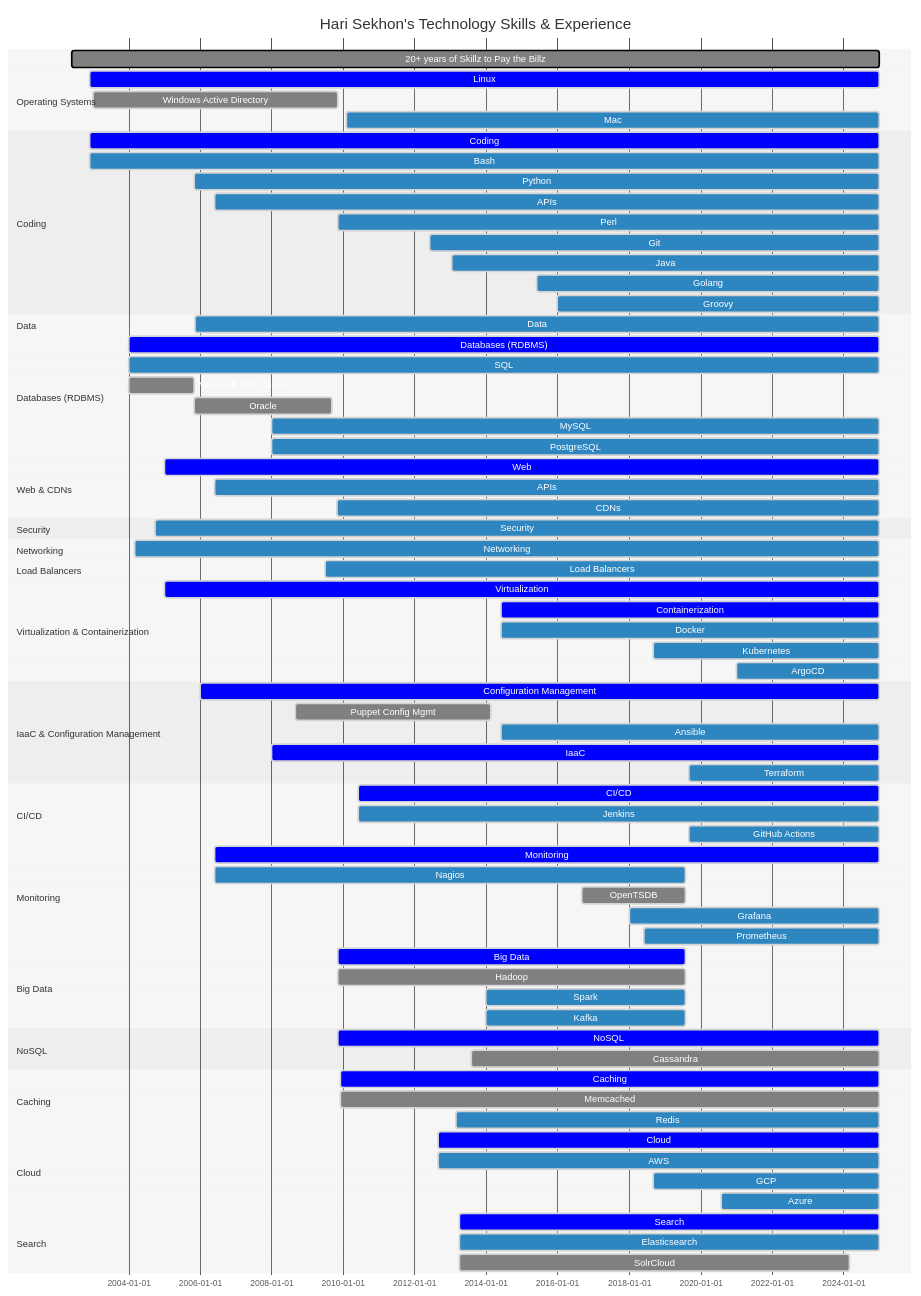
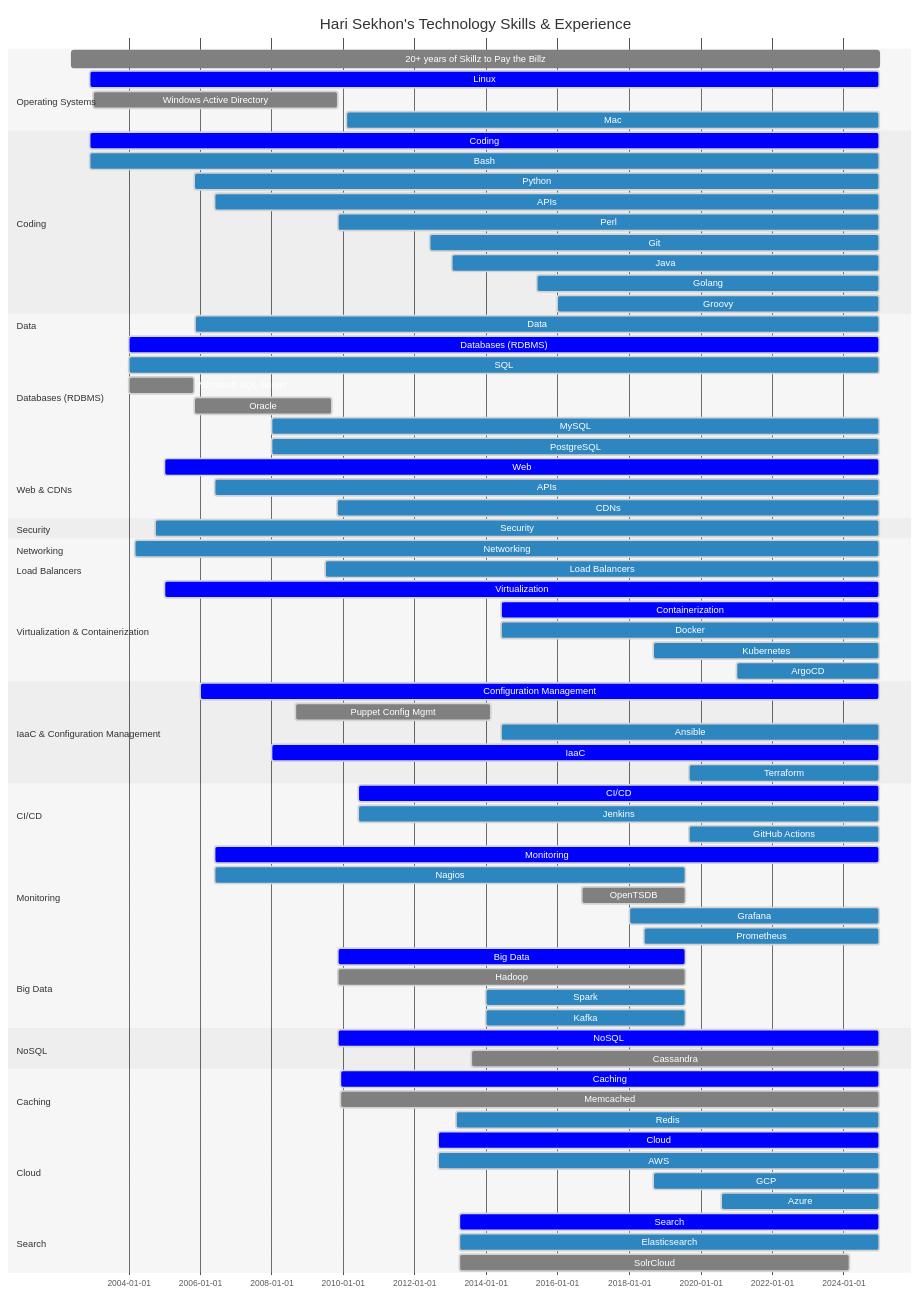
Before and after one commit to HariSekhon/HariSekhon: the diagram in README.md, drawn with Mermaid.

```diff
--- a/README.md
+++ b/README.md
@@ -293,7 +293,7 @@
           'sectionBkgColor': 'lightgrey',
           'sectionBkgColor2': 'darkgrey',
           'taskBkgColor': 'grey',
-          'taskBorderColor': 'black',
+          'taskBorderColor': 'grey',
           'taskTextClickableColor': 'white',
           'taskTextColor': 'white',
           'taskTextDarkColor': 'white',
```
